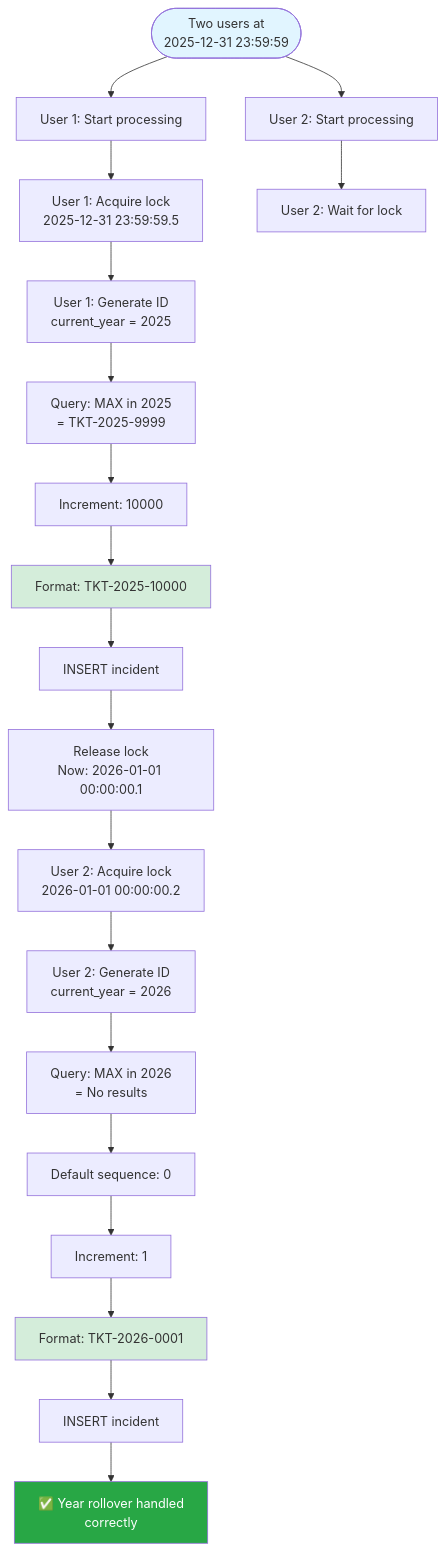
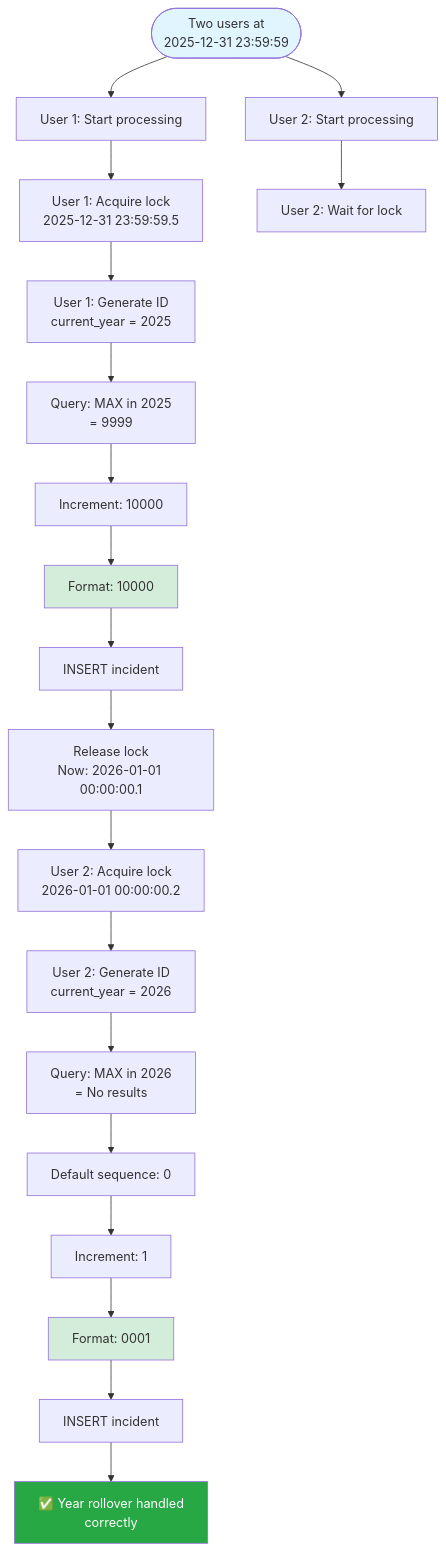
One commit to ShJavokhir/raisedash-kpi-bot changed diagram 45 of 50 in docs/new_issue_use_cases.md. Above: the diagram before and after it, drawn with Mermaid. The commit also changed other lines of this file, not shown here.

First line of the commit message:
docs: Update incident ID format in use cases

````diff
--- a/docs/new_issue_use_cases.md
+++ b/docs/new_issue_use_cases.md
@@ -1455,30 +1455,30 @@
 ```mermaid
 flowchart TD
     Start([Two users at<br/>2025-12-31 23:59:59]) --> User1Start[User 1: Start processing]
     Start --> User2Start[User 2: Start processing]
 
     User1Start --> U1Lock[User 1: Acquire lock<br/>2025-12-31 23:59:59.5]
     User2Start --> U2Wait[User 2: Wait for lock]
 
     U1Lock --> U1GenID[User 1: Generate ID<br/>current_year = 2025]
-    U1GenID --> U1Query[Query: MAX in 2025<br/>= TKT-2025-9999]
+    U1GenID --> U1Query[Query: MAX in 2025<br/>= 9999]
     U1Query --> U1Inc[Increment: 10000]
-    U1Inc --> U1Format[Format: TKT-2025-10000]
+    U1Inc --> U1Format[Format: 10000]
     U1Format --> U1Insert[INSERT incident]
     U1Insert --> U1Release[Release lock<br/>Now: 2026-01-01 00:00:00.1]
 
     U1Release --> U2Lock[User 2: Acquire lock<br/>2026-01-01 00:00:00.2]
     U2Lock --> U2GenID[User 2: Generate ID<br/>current_year = 2026]
     U2GenID --> U2Query[Query: MAX in 2026<br/>= No results]
     U2Query --> U2Default[Default sequence: 0]
     U2Default --> U2Inc[Increment: 1]
-    U2Inc --> U2Format[Format: TKT-2026-0001]
+    U2Inc --> U2Format[Format: 0001]
     U2Format --> U2Insert[INSERT incident]
 
     U2Insert --> Success[✅ Year rollover handled<br/>correctly]
 
     style Start fill:#e1f5ff
     style U1Format fill:#d4edda
     style U2Format fill:#d4edda
     style Success fill:#28a745,color:#fff
 ```
````
